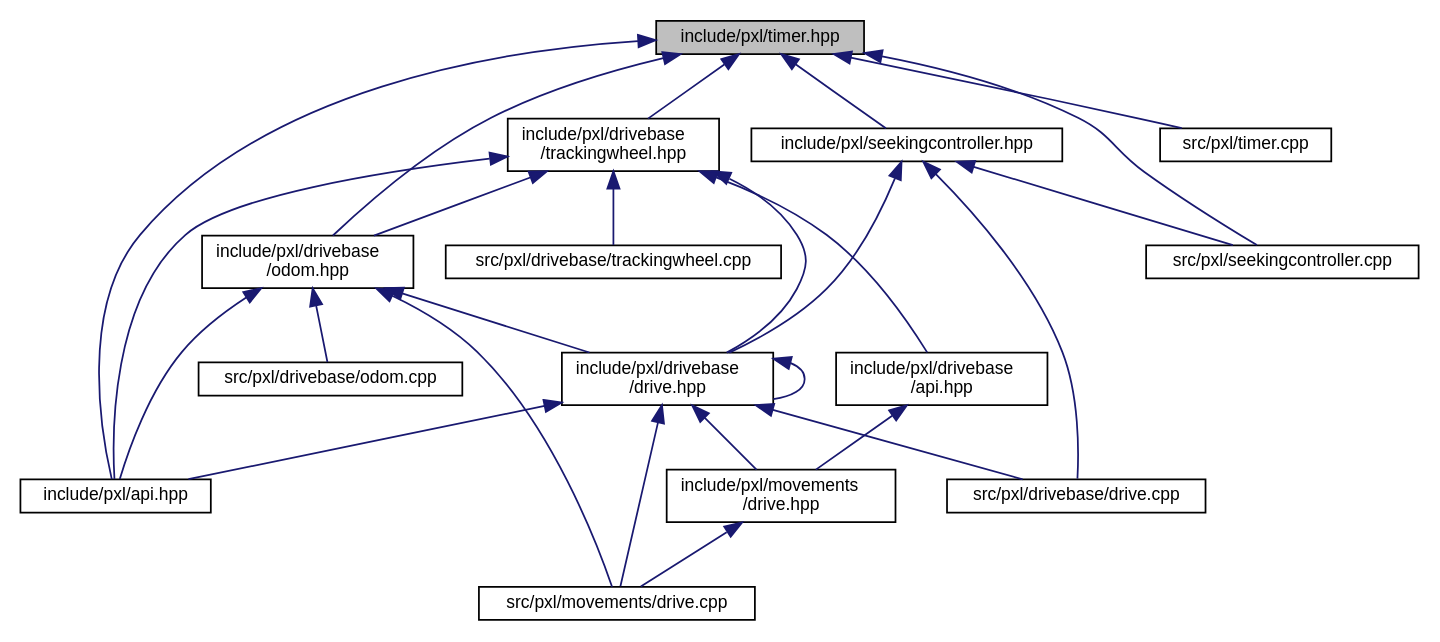
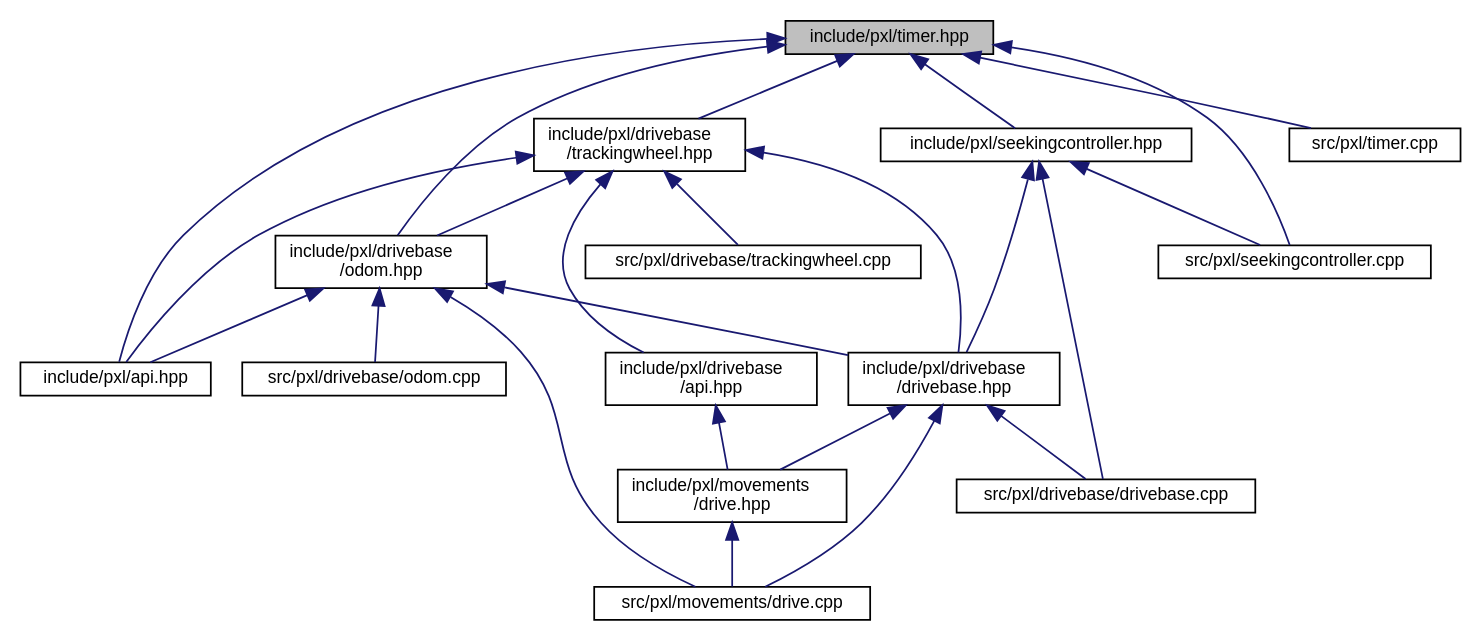
Before and after one commit to Pixel-Lib/Pixel: the diagram in timer_8hpp__dep__incl.dot, drawn with Graphviz. The commit also changed 130 other files, not shown here.

```diff
--- a/timer_8hpp__dep__incl.dot
+++ b/timer_8hpp__dep__incl.dot
@@ -1,45 +1,43 @@
 digraph "include/pxl/timer.hpp"
 {
  // LATEX_PDF_SIZE
   edge [fontname="Helvetica",fontsize="10",labelfontname="Helvetica",labelfontsize="10"];
   node [fontname="Helvetica",fontsize="10",shape=record];
   Node1 [label="include/pxl/timer.hpp",height=0.2,width=0.4,color="black", fillcolor="grey75", style="filled", fontcolor="black",tooltip=" "];
   Node1 -> Node2 [dir="back",color="midnightblue",fontsize="10",style="solid",fontname="Helvetica"];
   Node2 [label="include/pxl/api.hpp",height=0.2,width=0.4,color="black", fillcolor="white", style="filled",URL="$api_8hpp.html",tooltip=" "];
   Node1 -> Node3 [dir="back",color="midnightblue",fontsize="10",style="solid",fontname="Helvetica"];
   Node3 [label="include/pxl/drivebase\l/odom.hpp",height=0.2,width=0.4,color="black", fillcolor="white", style="filled",URL="$odom_8hpp.html",tooltip=" "];
   Node3 -> Node2 [dir="back",color="midnightblue",fontsize="10",style="solid",fontname="Helvetica"];
   Node3 -> Node4 [dir="back",color="midnightblue",fontsize="10",style="solid",fontname="Helvetica"];
-  Node4 [label="include/pxl/drivebase\l/drive.hpp",height=0.2,width=0.4,color="black", fillcolor="white", style="filled",URL="$drivebase_2drive_8hpp.html",tooltip=" "];
-  Node4 -> Node2 [dir="back",color="midnightblue",fontsize="10",style="solid",fontname="Helvetica"];
-  Node4 -> Node4 [dir="back",color="midnightblue",fontsize="10",style="solid",fontname="Helvetica"];
+  Node4 [label="include/pxl/drivebase\l/drivebase.hpp",height=0.2,width=0.4,color="black", fillcolor="white", style="filled",URL="$drivebase_8hpp.html",tooltip=" "];
   Node4 -> Node5 [dir="back",color="midnightblue",fontsize="10",style="solid",fontname="Helvetica"];
-  Node5 [label="include/pxl/movements\l/drive.hpp",height=0.2,width=0.4,color="black", fillcolor="white", style="filled",URL="$movements_2drive_8hpp.html",tooltip=" "];
+  Node5 [label="include/pxl/movements\l/drive.hpp",height=0.2,width=0.4,color="black", fillcolor="white", style="filled",URL="$drive_8hpp.html",tooltip=" "];
   Node5 -> Node6 [dir="back",color="midnightblue",fontsize="10",style="solid",fontname="Helvetica"];
-  Node6 [label="src/pxl/movements/drive.cpp",height=0.2,width=0.4,color="black", fillcolor="white", style="filled",URL="$movements_2drive_8cpp.html",tooltip=" "];
+  Node6 [label="src/pxl/movements/drive.cpp",height=0.2,width=0.4,color="black", fillcolor="white", style="filled",URL="$drive_8cpp.html",tooltip=" "];
   Node4 -> Node7 [dir="back",color="midnightblue",fontsize="10",style="solid",fontname="Helvetica"];
-  Node7 [label="src/pxl/drivebase/drive.cpp",height=0.2,width=0.4,color="black", fillcolor="white", style="filled",URL="$drivebase_2drive_8cpp.html",tooltip=" "];
+  Node7 [label="src/pxl/drivebase/drivebase.cpp",height=0.2,width=0.4,color="black", fillcolor="white", style="filled",URL="$drivebase_8cpp.html",tooltip=" "];
   Node4 -> Node6 [dir="back",color="midnightblue",fontsize="10",style="solid",fontname="Helvetica"];
   Node3 -> Node8 [dir="back",color="midnightblue",fontsize="10",style="solid",fontname="Helvetica"];
   Node8 [label="src/pxl/drivebase/odom.cpp",height=0.2,width=0.4,color="black", fillcolor="white", style="filled",URL="$odom_8cpp.html",tooltip=" "];
   Node3 -> Node6 [dir="back",color="midnightblue",fontsize="10",style="solid",fontname="Helvetica"];
   Node1 -> Node9 [dir="back",color="midnightblue",fontsize="10",style="solid",fontname="Helvetica"];
   Node9 [label="include/pxl/drivebase\l/trackingwheel.hpp",height=0.2,width=0.4,color="black", fillcolor="white", style="filled",URL="$trackingwheel_8hpp.html",tooltip=" "];
   Node9 -> Node2 [dir="back",color="midnightblue",fontsize="10",style="solid",fontname="Helvetica"];
   Node9 -> Node10 [dir="back",color="midnightblue",fontsize="10",style="solid",fontname="Helvetica"];
   Node10 [label="include/pxl/drivebase\l/api.hpp",height=0.2,width=0.4,color="black", fillcolor="white", style="filled",URL="$drivebase_2api_8hpp.html",tooltip=" "];
   Node10 -> Node5 [dir="back",color="midnightblue",fontsize="10",style="solid",fontname="Helvetica"];
   Node9 -> Node4 [dir="back",color="midnightblue",fontsize="10",style="solid",fontname="Helvetica"];
   Node9 -> Node3 [dir="back",color="midnightblue",fontsize="10",style="solid",fontname="Helvetica"];
   Node9 -> Node11 [dir="back",color="midnightblue",fontsize="10",style="solid",fontname="Helvetica"];
   Node11 [label="src/pxl/drivebase/trackingwheel.cpp",height=0.2,width=0.4,color="black", fillcolor="white", style="filled",URL="$trackingwheel_8cpp.html",tooltip=" "];
   Node1 -> Node12 [dir="back",color="midnightblue",fontsize="10",style="solid",fontname="Helvetica"];
   Node12 [label="include/pxl/seekingcontroller.hpp",height=0.2,width=0.4,color="black", fillcolor="white", style="filled",URL="$seekingcontroller_8hpp.html",tooltip=" "];
   Node12 -> Node4 [dir="back",color="midnightblue",fontsize="10",style="solid",fontname="Helvetica"];
   Node12 -> Node7 [dir="back",color="midnightblue",fontsize="10",style="solid",fontname="Helvetica"];
   Node12 -> Node13 [dir="back",color="midnightblue",fontsize="10",style="solid",fontname="Helvetica"];
   Node13 [label="src/pxl/seekingcontroller.cpp",height=0.2,width=0.4,color="black", fillcolor="white", style="filled",URL="$seekingcontroller_8cpp.html",tooltip=" "];
   Node1 -> Node13 [dir="back",color="midnightblue",fontsize="10",style="solid",fontname="Helvetica"];
   Node1 -> Node14 [dir="back",color="midnightblue",fontsize="10",style="solid",fontname="Helvetica"];
   Node14 [label="src/pxl/timer.cpp",height=0.2,width=0.4,color="black", fillcolor="white", style="filled",URL="$timer_8cpp.html",tooltip=" "];
 }
```
